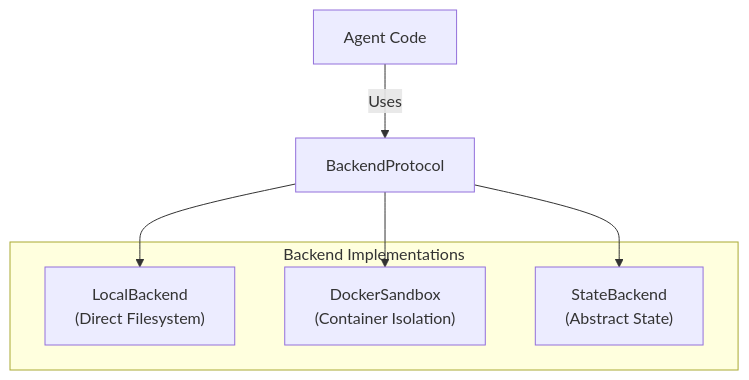
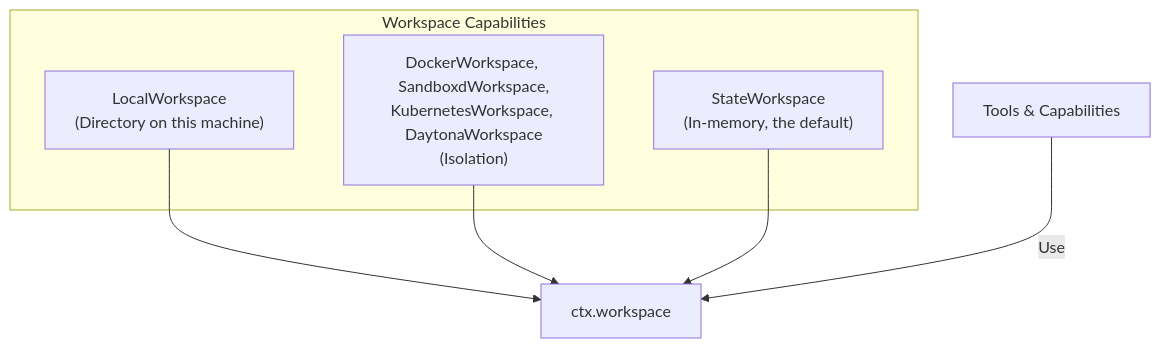
Before and after one commit to vstorm-co/pydantic-deepagents: diagram 11 of 13 in docs/c4/2-architecture-overview.md, drawn with Mermaid. The commit also changed other lines of this file and 68 other files, not shown here.

````diff
--- a/docs/c4/2-architecture-overview.md
+++ b/docs/c4/2-architecture-overview.md
@@ -491,14 +487,14 @@
 ```mermaid
 flowchart TD
-    subgraph Backends["Backend Implementations"]
-        LOCAL["LocalBackend<br/>(Direct Filesystem)"]
-        DOCKER["DockerSandbox<br/>(Container Isolation)"]
-        STATE["StateBackend<br/>(Abstract State)"]
+    subgraph Capabilities["Workspace Capabilities"]
+        LOCAL["LocalWorkspace<br/>(Directory on this machine)"]
+        DOCKER["DockerWorkspace, SandboxdWorkspace,<br/>KubernetesWorkspace, DaytonaWorkspace<br/>(Isolation)"]
+        STATE["StateWorkspace<br/>(In-memory, the default)"]
     end
 
-    PROTO["BackendProtocol"] --> LOCAL
-    PROTO --> DOCKER
-    PROTO --> STATE
+    LOCAL --> WS["ctx.workspace"]
+    DOCKER --> WS
+    STATE --> WS
 
-    AGENT["Agent Code"] -->|"Uses"| PROTO
+    AGENT["Tools & Capabilities"] -->|"Use"| WS
 ```
````
